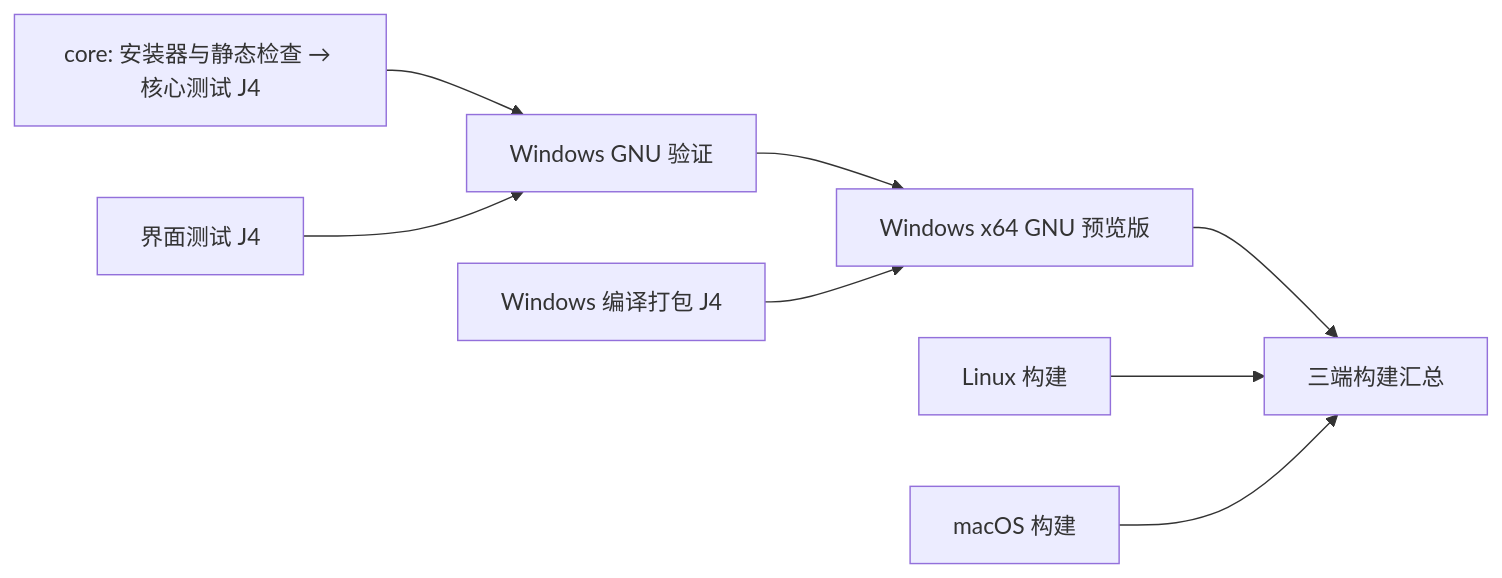
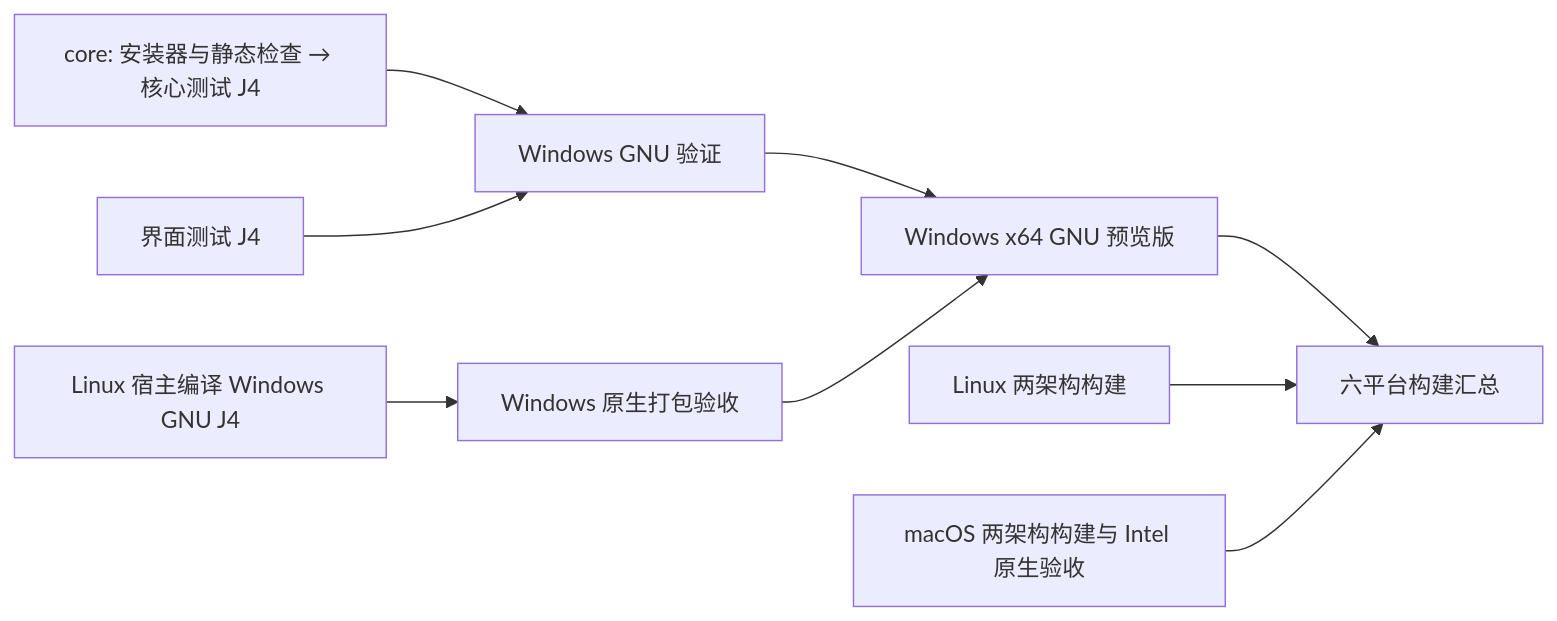
One commit to JoyElliot/grok-build-Chinese changed the diagram in docs/WINDOWS-CI-PERFORMANCE.md. Above: the diagram before and after it, drawn with Mermaid. The commit also changed other lines of this file and 4 other files, not shown here.

Commit message:
perf(ci): 在 Linux 交叉编译 GNU 产物并保留 Windows 原生验收

````diff
--- a/docs/WINDOWS-CI-PERFORMANCE.md
+++ b/docs/WINDOWS-CI-PERFORMANCE.md
@@ -5,10 +5,11 @@
 ```mermaid
 flowchart LR
     C[core: 安装器与静态检查 → 核心测试 J4] --> V[Windows GNU 验证]
     U[界面测试 J4] --> V
     V --> G[Windows x64 GNU 预览版]
-    B[Windows 编译打包 J4] --> G
-    G --> S[三端构建汇总]
-    L[Linux 构建] --> S
-    M[macOS 构建] --> S
+    X[Linux 宿主编译 Windows GNU J4] --> B[Windows 原生打包验收]
+    B --> G
+    G --> S[六平台构建汇总]
+    L[Linux 两架构构建] --> S
+    M[macOS 两架构构建与 Intel 原生验收] --> S
 ```
````
